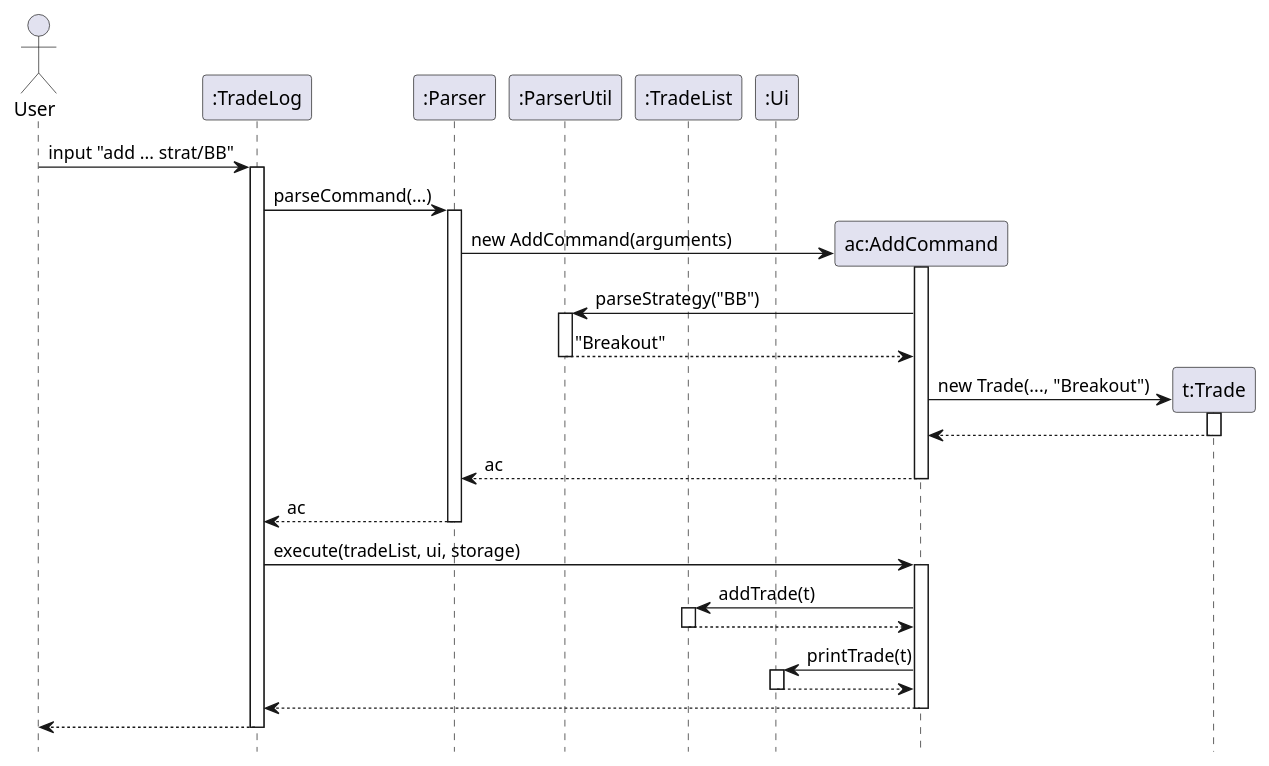
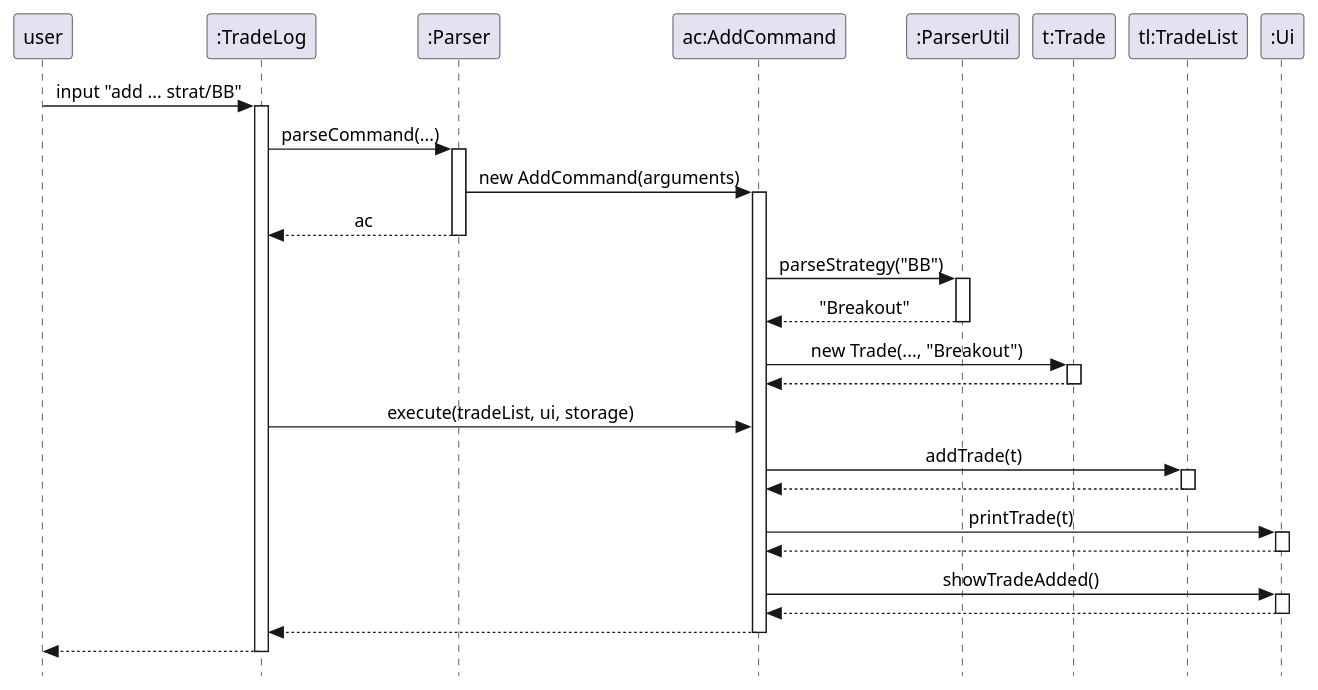
One commit to Cydriccwx/tp changed the diagram in docs/diagrams/strategy-shortcut-add-sequence.puml. Above: the diagram before and after it, drawn with PlantUML. The commit also changed 14 other files, not shown here.

```diff
--- a/docs/diagrams/strategy-shortcut-add-sequence.puml
+++ b/docs/diagrams/strategy-shortcut-add-sequence.puml
@@ -1,53 +1,52 @@
 @startuml
 hide footbox
+skinparam Style strictuml
+skinparam SequenceMessageAlign center
 
-actor User
+participant "user" as User
 participant ":TradeLog" as TradeLog
 participant ":Parser" as Parser
+participant "ac:AddCommand" as AddCommand
 participant ":ParserUtil" as ParserUtil
-participant ":TradeList" as TradeList
+participant "t:Trade" as Trade
+participant "tl:TradeList" as TradeList
 participant ":Ui" as Ui
 
 User -> TradeLog : input "add ... strat/BB"
 activate TradeLog
 
 TradeLog -> Parser : parseCommand(...)
 activate Parser
-
-create participant "ac:AddCommand" as AddCommand
 Parser -> AddCommand : new AddCommand(arguments)
 activate AddCommand
+Parser --> TradeLog : ac
+deactivate Parser
 
 AddCommand -> ParserUtil : parseStrategy("BB")
 activate ParserUtil
 ParserUtil --> AddCommand : "Breakout"
 deactivate ParserUtil
 
-create participant "t:Trade" as Trade
 AddCommand -> Trade : new Trade(..., "Breakout")
 activate Trade
 Trade --> AddCommand
 deactivate Trade
 
-AddCommand --> Parser : ac
-deactivate AddCommand
-
-Parser --> TradeLog : ac
-deactivate Parser
-
 TradeLog -> AddCommand : execute(tradeList, ui, storage)
-activate AddCommand
 AddCommand -> TradeList : addTrade(t)
 activate TradeList
 TradeList --> AddCommand
 deactivate TradeList
 AddCommand -> Ui : printTrade(t)
 activate Ui
 Ui --> AddCommand
 deactivate Ui
+AddCommand -> Ui : showTradeAdded()
+activate Ui
+Ui --> AddCommand
+deactivate Ui
 AddCommand --> TradeLog
 deactivate AddCommand
-
 TradeLog --> User
 deactivate TradeLog
 @enduml
```
